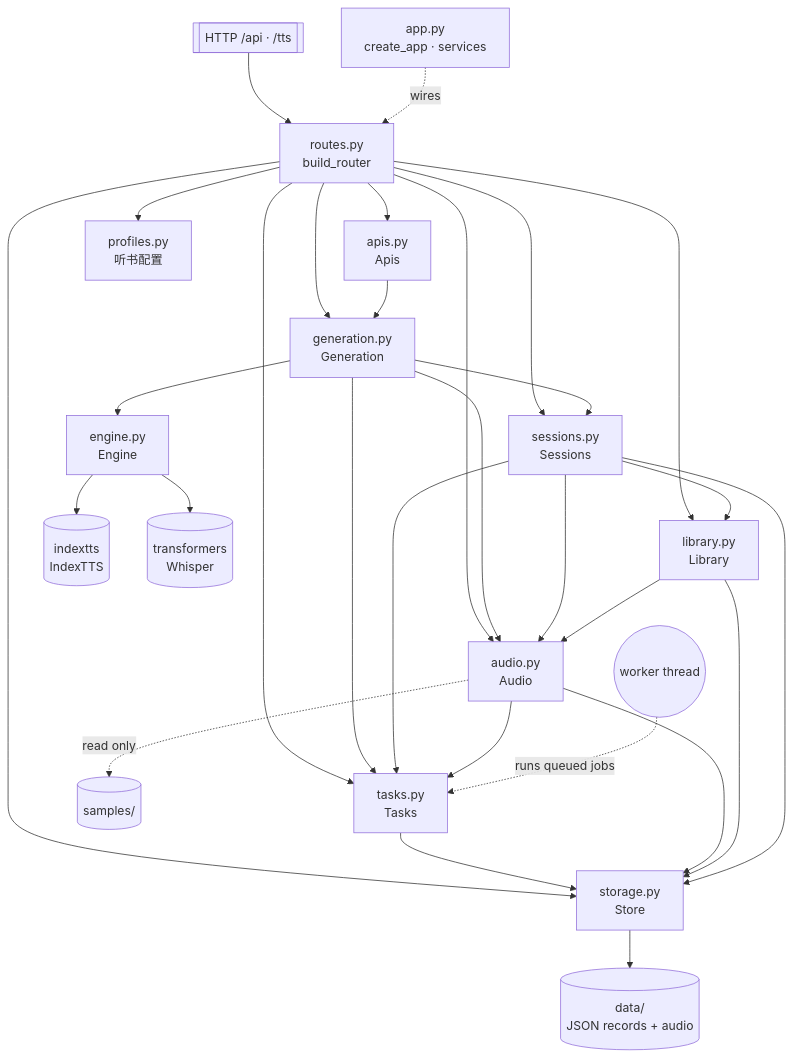
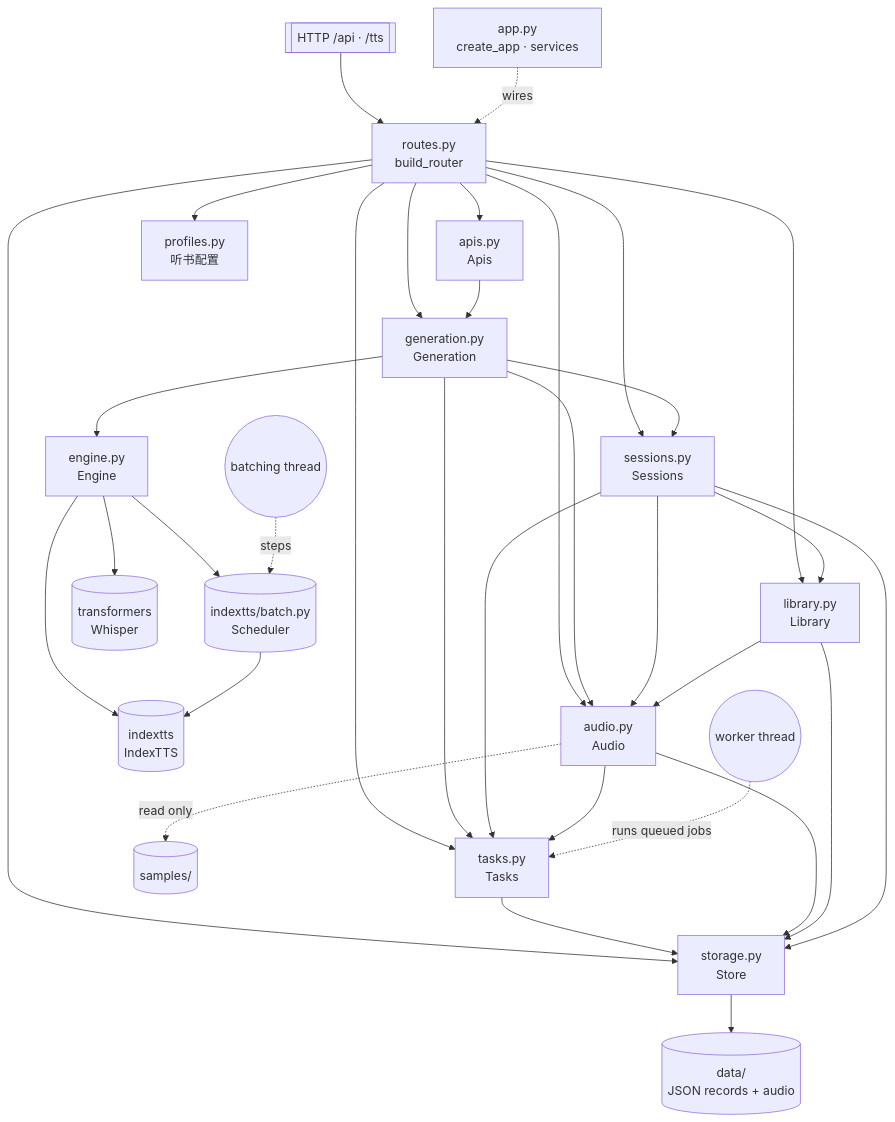
The first of 3 diagrams in docs/architecture.md (Sansui233/index-tts-webui), drawn with Mermaid before and after one commit. The commit also changed other lines of this file and 19 other files, not shown here.

````diff
--- a/docs/architecture.md
+++ b/docs/architecture.md
@@ -7,36 +7,39 @@
 ```mermaid
 flowchart TD
     HTTP[["HTTP /api · /tts"]] --> routes["routes.py<br/>build_router"]
     app["app.py<br/>create_app · services"] -. wires .-> routes
 
     routes --> generation["generation.py<br/>Generation"]
     routes --> sessions["sessions.py<br/>Sessions"]
     routes --> library["library.py<br/>Library"]
     routes --> audio["audio.py<br/>Audio"]
     routes --> tasks["tasks.py<br/>Tasks"]
     routes --> apis["apis.py<br/>Apis"]
     apis --> generation
     routes --> profiles["profiles.py<br/>听书配置"]
     routes --> store
 
     generation --> tasks
     generation --> engine["engine.py<br/>Engine"]
     generation --> sessions
     generation --> audio
     sessions --> library
     sessions --> audio
     sessions --> tasks
     library --> audio
     audio --> tasks
 
     tasks --> store["storage.py<br/>Store"]
     audio --> store
     library --> store
     sessions --> store
 
     engine --> indextts[("indextts<br/>IndexTTS")]
+    engine --> batch[("indextts/batch.py<br/>Scheduler")]
+    batch --> indextts
     engine --> whisper[("transformers<br/>Whisper")]
     store --> data[("data/<br/>JSON records + audio")]
     audio -. read only .-> samples[("samples/")]
     worker(("worker thread")) -. runs queued jobs .-> tasks
+    batcher(("batching thread")) -. steps .-> batch
 ```
````
